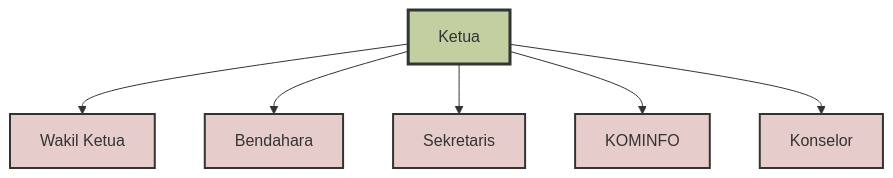
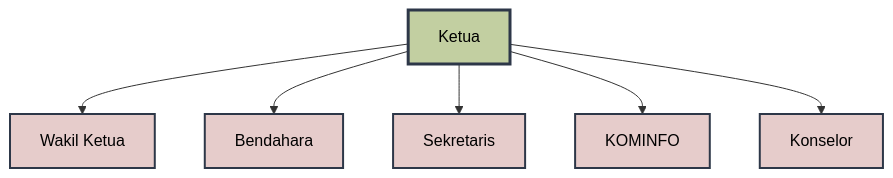
The diagram in README.md (PIKR-Synergy/PIKR-Synergy), drawn with Mermaid before and after one commit.

````diff
--- a/README.md
+++ b/README.md
@@ -41,15 +41,15 @@
 ```mermaid
 graph TD
     A[Ketua] --> B[Wakil Ketua]
     A --> C[Bendahara]
     A --> D[Sekretaris]
     A --> E[KOMINFO]
     A --> F[Konselor]
     
-    style A fill:#c2cfa1,stroke:#333,stroke-width:3px
-    style B fill:#e6cccb,stroke:#333,stroke-width:2px
-    style C fill:#e6cccb,stroke:#333,stroke-width:2px
-    style D fill:#e6cccb,stroke:#333,stroke-width:2px
-    style E fill:#e6cccb,stroke:#333,stroke-width:2px
-    style F fill:#e6cccb,stroke:#333,stroke-width:2px
+    style A fill:#c2cfa1,stroke:#2d3748,stroke-width:3px,color:#000
+    style B fill:#e6cccb,stroke:#2d3748,stroke-width:2px,color:#000
+    style C fill:#e6cccb,stroke:#2d3748,stroke-width:2px,color:#000
+    style D fill:#e6cccb,stroke:#2d3748,stroke-width:2px,color:#000
+    style E fill:#e6cccb,stroke:#2d3748,stroke-width:2px,color:#000
+    style F fill:#e6cccb,stroke:#2d3748,stroke-width:2px,color:#000
 ```
````
